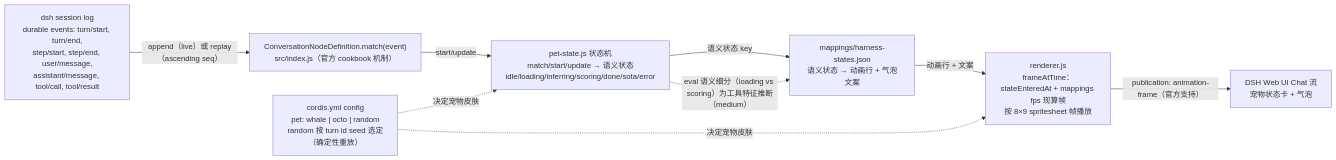
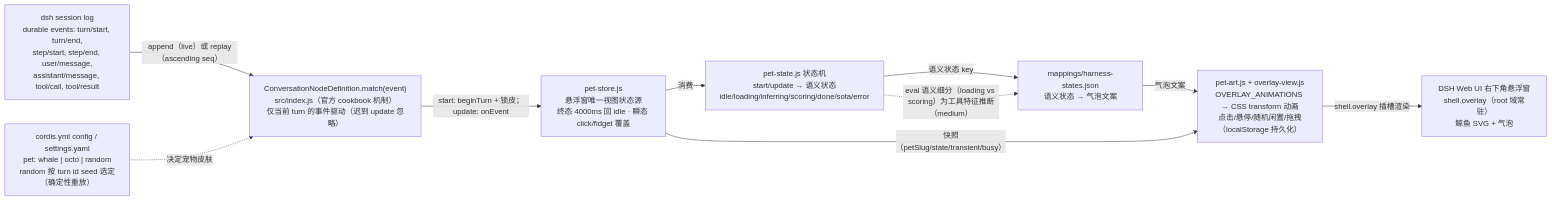
The diagram in docs/architecture/runtime-flow.mmd (orxz/deepseek-harness-pets), drawn with Mermaid before and after one commit. The commit also changed 4 other files, not shown here.

First line of the commit message:
chore: sync docs and metadata to v0.2 overlay architecture

```diff
--- a/docs/architecture/runtime-flow.mmd
+++ b/docs/architecture/runtime-flow.mmd
@@ -1,20 +1,22 @@
 %% View: Runtime data flow (proposed, evidence-backed)
 %% Question: dsh 事件如何变成宠物动画与气泡
-%% Solid = confirmed mechanism per official docs; inferred detail labeled
+%% v0.2：悬浮窗形态；Solid = confirmed mechanism; inferred detail labeled
 flowchart LR
     E1["dsh session log<br/>durable events: turn/start, turn/end,<br/>step/start, step/end, user/message,<br/>assistant/message, tool/call, tool/result"]
-    E2["ConversationNodeDefinition.match(event)<br/>src/index.js（官方 cookbook 机制）"]
-    E3["pet-state.js 状态机<br/>match/start/update → 语义状态<br/>idle/loading/inferring/scoring/done/sota/error"]
-    E4["mappings/harness-states.json<br/>语义状态 → 动画行 + 气泡文案"]
-    E5["renderer.js<br/>frameAtTime：stateEnteredAt + mappings fps 现算帧<br/>按 8×9 spritesheet 帧播放"]
-    E6["DSH Web UI Chat 流<br/>宠物状态卡 + 气泡"]
-    C1["cordis.yml config<br/>pet: whale | octo | random<br/>random 按 turn id seed 选定（确定性重放）"]
+    E2["ConversationNodeDefinition.match(event)<br/>src/index.js（官方 cookbook 机制）<br/>仅当前 turn 的事件驱动（迟到 update 忽略）"]
+    E3["pet-state.js 状态机<br/>start/update → 语义状态<br/>idle/loading/inferring/scoring/done/sota/error"]
+    E4["pet-store.js<br/>悬浮窗唯一视图状态源<br/>终态 4000ms 回 idle · 瞬态 click/fidget 覆盖"]
+    E5["mappings/harness-states.json<br/>语义状态 → 气泡文案"]
+    E6["pet-art.js + overlay-view.js<br/>OVERLAY_ANIMATIONS → CSS transform 动画<br/>点击/悬停/随机闲置/拖拽（localStorage 持久化）"]
+    E7["DSH Web UI 右下角悬浮窗<br/>shell.overlay（root 域常驻）<br/>鲸鱼 SVG + 气泡"]
+    C1["cordis.yml config / settings.yaml<br/>pet: whale | octo | random<br/>random 按 turn id seed 选定（确定性重放）"]
 
     E1 -->|"append（live）或 replay（ascending seq）"| E2
-    E2 -->|"start/update"| E3
-    E3 -->|"语义状态 key"| E4
-    E4 -->|"动画行 + 文案"| E5
-    E5 -->|"publication: animation-frame（官方支持）"| E6
-    C1 -.->|"决定宠物皮肤"| E5
-    C1 -.->|"决定宠物皮肤"| E3
-    E3 -.->|"eval 语义细分（loading vs scoring）为工具特征推断（medium）"| E4
+    E2 -->|"start: beginTurn + 锁皮；update: onEvent"| E4
+    E4 -->|"消费"| E3
+    E3 -->|"语义状态 key"| E5
+    E5 -->|"气泡文案"| E6
+    E4 -->|"快照（petSlug/state/transient/busy）"| E6
+    E6 -->|"shell.overlay 插槽渲染"| E7
+    C1 -.->|"决定宠物皮肤"| E2
+    E3 -.->|"eval 语义细分（loading vs scoring）为工具特征推断（medium）"| E5
```
